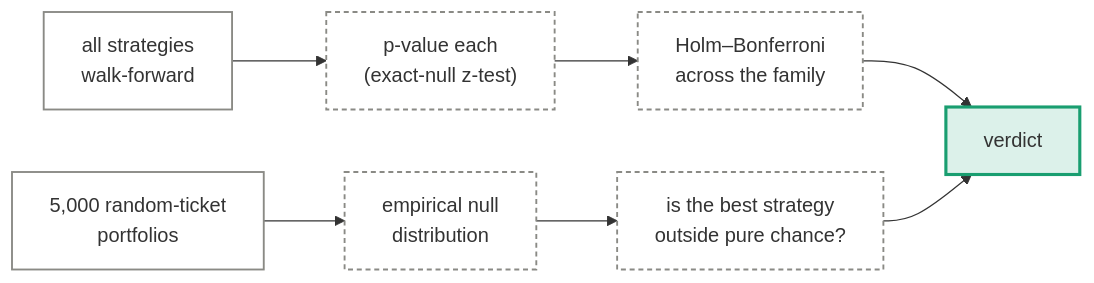
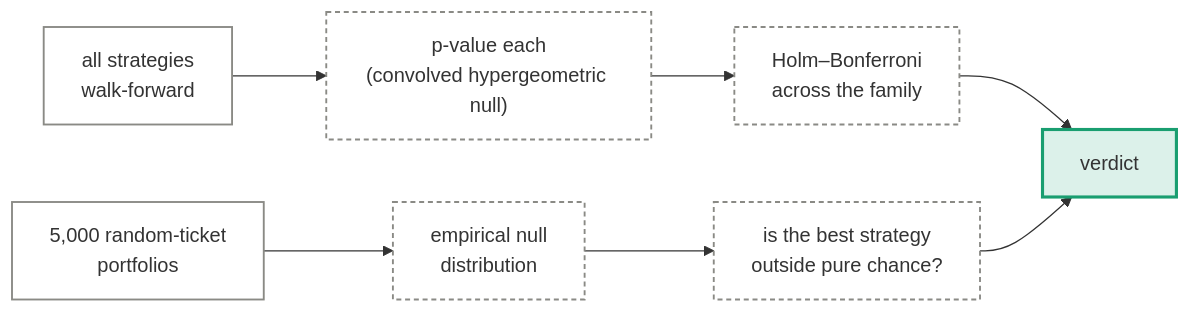
Before and after one commit to Timorleiderman/ILotto: the third of 3 diagrams in docs/evaluation.md, drawn with Mermaid. The commit also changed other lines of this file and 26 other files, not shown here.

````diff
--- a/docs/evaluation.md
+++ b/docs/evaluation.md
@@ -119,19 +130,19 @@
 ```mermaid
 flowchart LR
-  S["all strategies<br/>walk-forward"] --> P["p-value each<br/>(exact-null z-test)"]
+  S["all strategies<br/>walk-forward"] --> P["p-value each<br/>(convolved hypergeometric null)"]
   P --> H["Holm–Bonferroni<br/>across the family"]
   S2["5,000 random-ticket<br/>portfolios"] --> MC["empirical null<br/>distribution"]
   MC --> CMP["is the best strategy<br/>outside pure chance?"]
   H --> V["verdict"]
   CMP --> V
 
   class S,S2 data
   class P,MC,H op
   class CMP op
   class V out
   classDef data fill:none,stroke:#8a8a85,stroke-width:1.5px
   classDef learn fill:#2a78d626,stroke:#2a78d6,stroke-width:2px
   classDef op fill:none,stroke:#8a8a85,stroke-width:1.5px,stroke-dasharray:4 3
   classDef out fill:#199e7026,stroke:#199e70,stroke-width:2.5px
   classDef flaw fill:#e3494826,stroke:#e34948,stroke-width:3px
 ```
````
